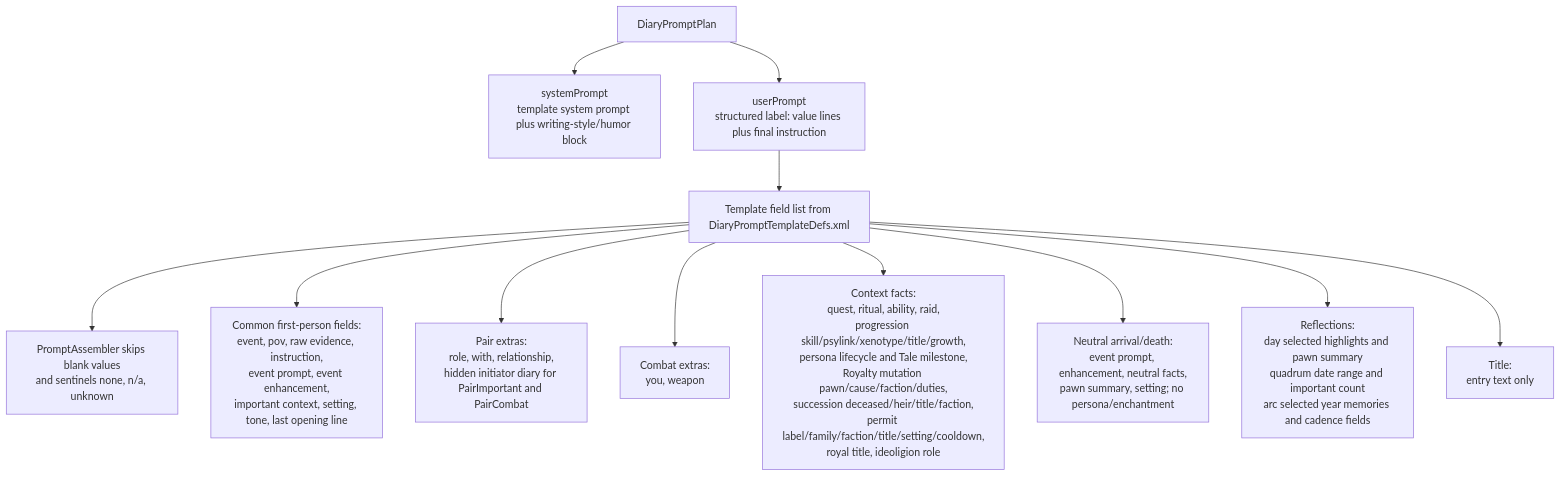
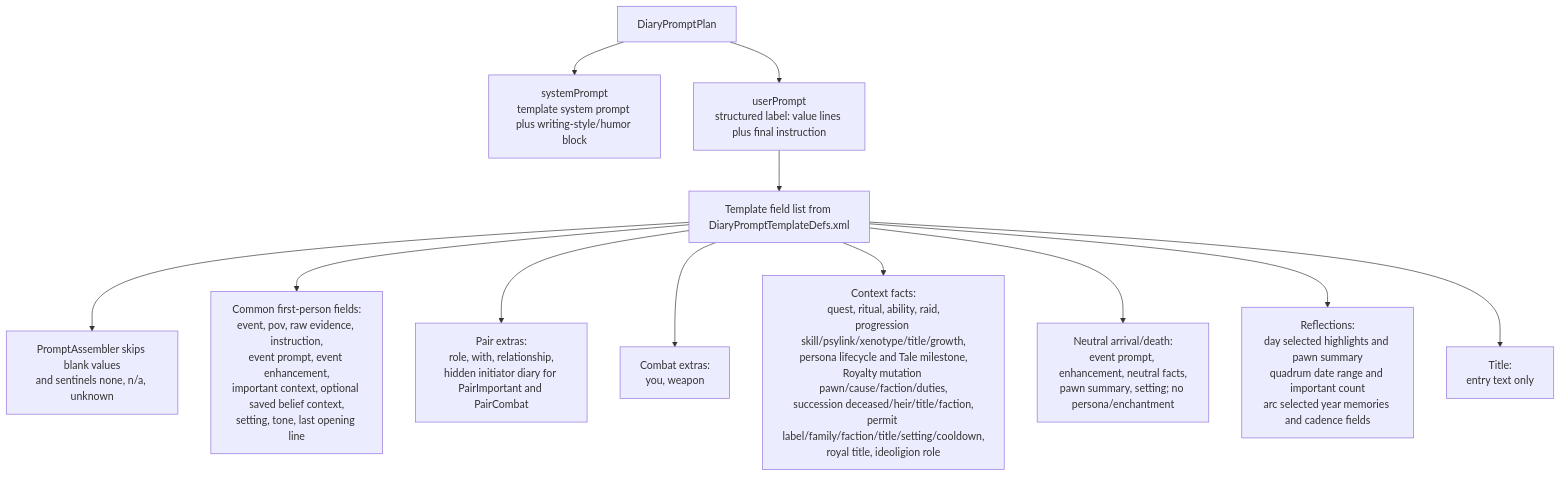
One commit to aimmlegate/PawnDiary changed the sixth of 6 diagrams in EVENT_PROMPT_MAP.md. Above: the diagram before and after it, drawn with Mermaid. The commit also changed other lines of this file and 49 other files, not shown here.

Commit message:
Implement Ideology Phase 1 belief context

````diff
--- a/EVENT_PROMPT_MAP.md
+++ b/EVENT_PROMPT_MAP.md
@@ -717,14 +723,14 @@
 ```mermaid
 flowchart TD
     Plan["DiaryPromptPlan"] --> System["systemPrompt<br/>template system prompt plus writing-style/humor block"]
     Plan --> User["userPrompt<br/>structured label: value lines plus final instruction"]
     User --> Fields["Template field list from DiaryPromptTemplateDefs.xml"]
     Fields --> Skip["PromptAssembler skips blank values<br/>and sentinels none, n/a, unknown"]
-    Fields --> Common["Common first-person fields:<br/>event, pov, raw evidence, instruction,<br/>event prompt, event enhancement,<br/>important context, setting, tone, last opening line"]
+    Fields --> Common["Common first-person fields:<br/>event, pov, raw evidence, instruction,<br/>event prompt, event enhancement,<br/>important context, optional saved belief context,<br/>setting, tone, last opening line"]
     Fields --> PairFields["Pair extras:<br/>role, with, relationship,<br/>hidden initiator diary for PairImportant and PairCombat"]
     Fields --> CombatFields["Combat extras:<br/>you, weapon"]
     Fields --> SourceFacts["Context facts:<br/>quest, ritual, ability, raid,<br/>progression skill/psylink/xenotype/title/growth,<br/>persona lifecycle and Tale milestone,<br/>Royalty mutation pawn/cause/faction/duties,<br/>succession deceased/heir/title/faction,<br/>permit label/family/faction/title/setting/cooldown,<br/>royal title, ideoligion role"]
     Fields --> Boundary["Neutral arrival/death:<br/>event prompt, enhancement, neutral facts,<br/>pawn summary, setting; no persona/enchantment"]
     Fields --> Reflection["Reflections:<br/>day selected highlights and pawn summary<br/>quadrum date range and important count<br/>arc selected year memories and cadence fields"]
     Fields --> Title["Title:<br/>entry text only"]
 ```
````
